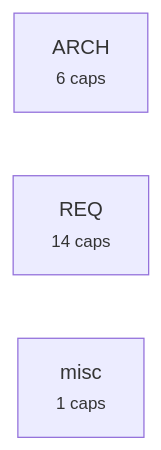
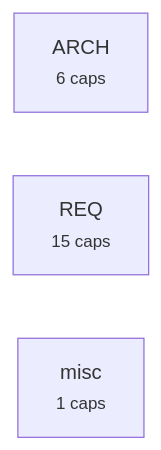
The third of 4 diagrams in requirements/_map.md (alxmax/excalidraw-diagram), drawn with Mermaid before and after one commit. The commit also changed other lines of this file and 13 other files, not shown here.

````diff
--- a/requirements/_map.md
+++ b/requirements/_map.md
@@ -99,6 +100,6 @@
 ```mermaid
 graph LR
   a_ARCH["ARCH<br><small>6 caps</small>"]
-  a_REQ["REQ<br><small>14 caps</small>"]
+  a_REQ["REQ<br><small>15 caps</small>"]
   a_misc["misc<br><small>1 caps</small>"]
 ```
````
